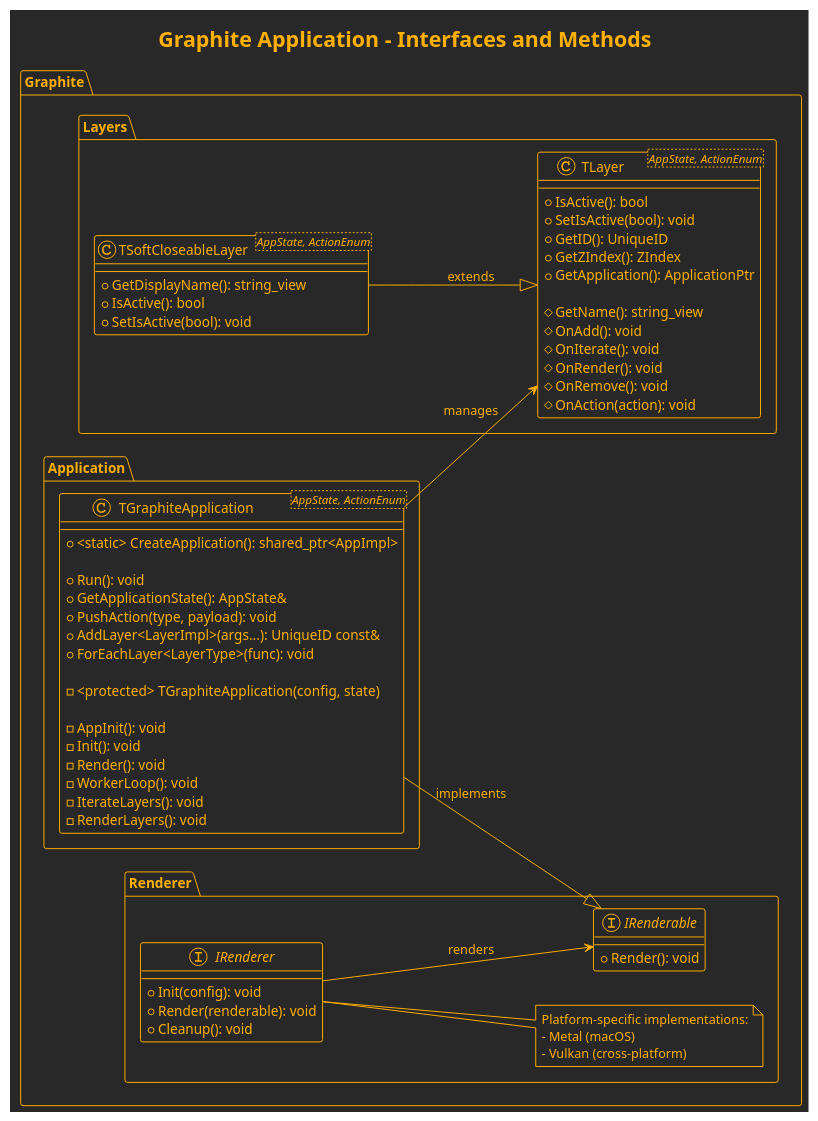
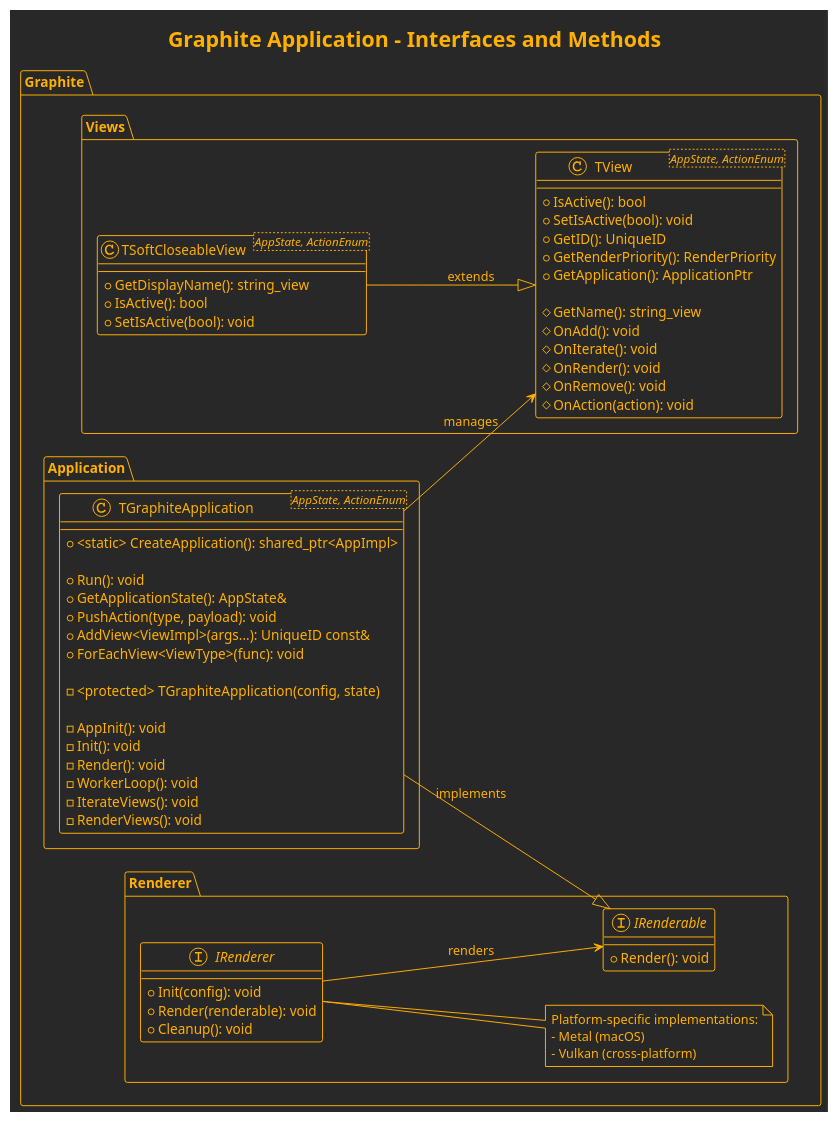
One commit to TheAncientOwl/fluxion changed the diagram in src/Graphite/Application/docs/interface.puml. Above: the diagram before and after it, drawn with PlantUML. The commit also changed 105 other files, not shown here.

Commit message:
Rename Layer->View to better fit the purpose. TODO: consider layering in the future

```diff
--- a/src/Graphite/Application/docs/interface.puml
+++ b/src/Graphite/Application/docs/interface.puml
@@ -1,79 +1,79 @@
 @startuml Graphite Application Interface
 
 !theme crt-amber
 left to right direction
 
 title Graphite Application - Interfaces and Methods
 
 package "Graphite" {
 
 package "Application" {
     class "TGraphiteApplication<AppState, ActionEnum>" as TGA {
         + <static> CreateApplication(): shared_ptr<AppImpl>
 
         + Run(): void
         + GetApplicationState(): AppState&
         + PushAction(type, payload): void
-        + AddLayer<LayerImpl>(args...): UniqueID const&
-        + ForEachLayer<LayerType>(func): void
+        + AddView<ViewImpl>(args...): UniqueID const&
+        + ForEachView<ViewType>(func): void
 
         - <protected> TGraphiteApplication(config, state)
 
         - AppInit(): void
         - Init(): void
         - Render(): void
         - WorkerLoop(): void
-        - IterateLayers(): void
-        - RenderLayers(): void
+        - IterateViews(): void
+        - RenderViews(): void
     }
 }
 
-package "Layers" {
-    class "TLayer<AppState, ActionEnum>" as TL {
+package "Views" {
+    class "TView<AppState, ActionEnum>" as TL {
         + IsActive(): bool
         + SetIsActive(bool): void
         + GetID(): UniqueID
-        + GetZIndex(): ZIndex
+        + GetRenderPriority(): RenderPriority
         + GetApplication(): ApplicationPtr
 
         #GetName(): string_view
         #OnAdd(): void
         #OnIterate(): void
         #OnRender(): void
         #OnRemove(): void
         #OnAction(action): void
     }
     
-    class "TSoftCloseableLayer<AppState, ActionEnum>" as TSL {
+    class "TSoftCloseableView<AppState, ActionEnum>" as TSL {
         + GetDisplayName(): string_view
         + IsActive(): bool
         + SetIsActive(bool): void
     }
 }
 
 package "Renderer" {
     interface IRenderable {
         + Render(): void
     }
     
     interface IRenderer {
         + Init(config): void
         + Render(renderable): void
         + Cleanup(): void
     }
     
     note right of IRenderer
       Platform-specific implementations:
       - Metal (macOS)
       - Vulkan (cross-platform)
     end note
 }
 
 TGA --> TL: manages
 TGA --|> IRenderable: implements
 TSL --|> TL: extends
 IRenderer --> IRenderable: renders
 
 }
 
 @enduml
```
